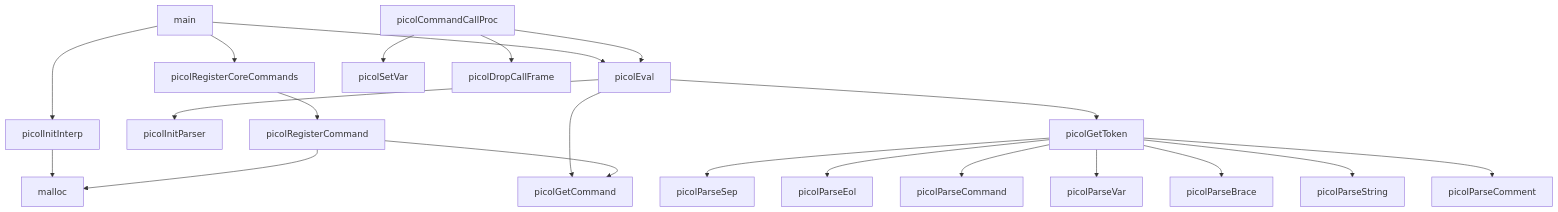
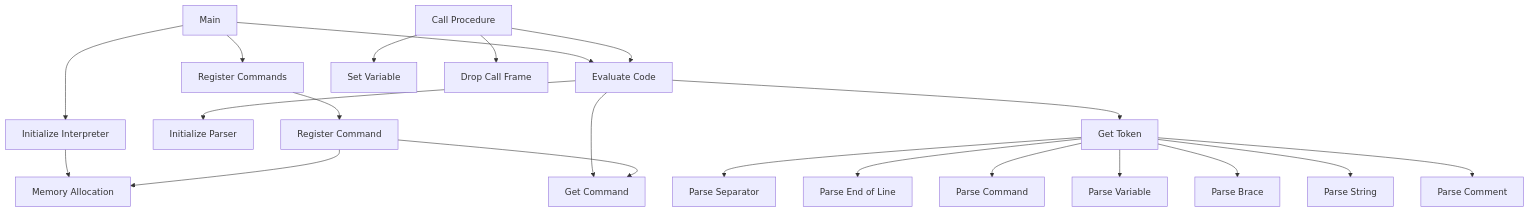
Before and after one commit to zjb1001/picol: the second of 7 diagrams in docs/project_structure.md, drawn with Mermaid. The commit also changed other lines of this file, not shown here.

````diff
--- a/docs/project_structure.md
+++ b/docs/project_structure.md
@@ -61,28 +79,28 @@
-<div class="mermaid">
+```mermaid
 flowchart TD
-    main --> picolInitInterp
-    main --> picolRegisterCoreCommands
-    main --> picolEval
+    main[Main] --> picolInitInterp[Initialize Interpreter]
+    main --> picolRegisterCoreCommands[Register Commands]
+    main --> picolEval[Evaluate Code]
     
-    picolEval --> picolInitParser
-    picolEval --> picolGetToken
-    picolEval --> picolGetCommand
+    picolEval --> picolInitParser[Initialize Parser]
+    picolEval --> picolGetToken[Get Token]
+    picolEval --> picolGetCommand[Get Command]
     
-    picolGetToken --> picolParseSep
-    picolGetToken --> picolParseEol
-    picolGetToken --> picolParseCommand
-    picolGetToken --> picolParseVar
-    picolGetToken --> picolParseBrace
-    picolGetToken --> picolParseString
-    picolGetToken --> picolParseComment
+    picolGetToken --> picolParseSep[Parse Separator]
+    picolGetToken --> picolParseEol[Parse End of Line]
+    picolGetToken --> picolParseCommand[Parse Command]
+    picolGetToken --> picolParseVar[Parse Variable]
+    picolGetToken --> picolParseBrace[Parse Brace]
+    picolGetToken --> picolParseString[Parse String]
+    picolGetToken --> picolParseComment[Parse Comment]
     
-    picolInitInterp --> malloc
+    picolInitInterp --> malloc[Memory Allocation]
     
-    picolRegisterCoreCommands --> picolRegisterCommand
+    picolRegisterCoreCommands --> picolRegisterCommand[Register Command]
     picolRegisterCommand --> picolGetCommand
     picolRegisterCommand --> malloc
     
-    picolCommandCallProc --> picolSetVar
+    picolCommandCallProc[Call Procedure] --> picolSetVar[Set Variable]
     picolCommandCallProc --> picolEval
-    picolCommandCallProc --> picolDropCallFrame
-</div>
+    picolCommandCallProc --> picolDropCallFrame[Drop Call Frame]
+```
````
